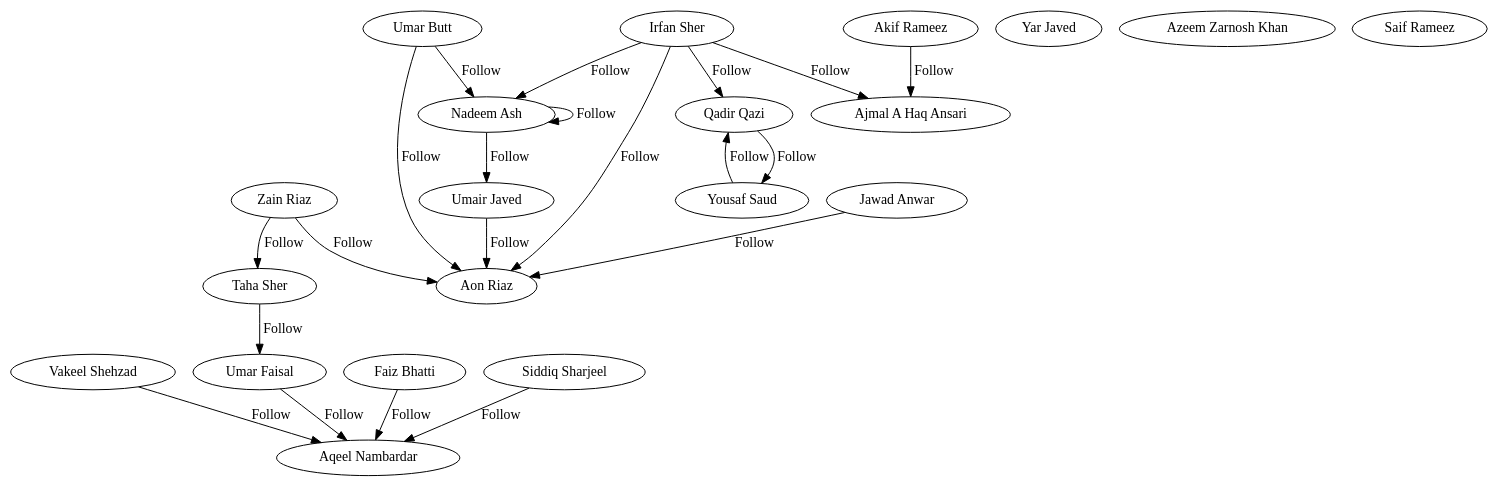
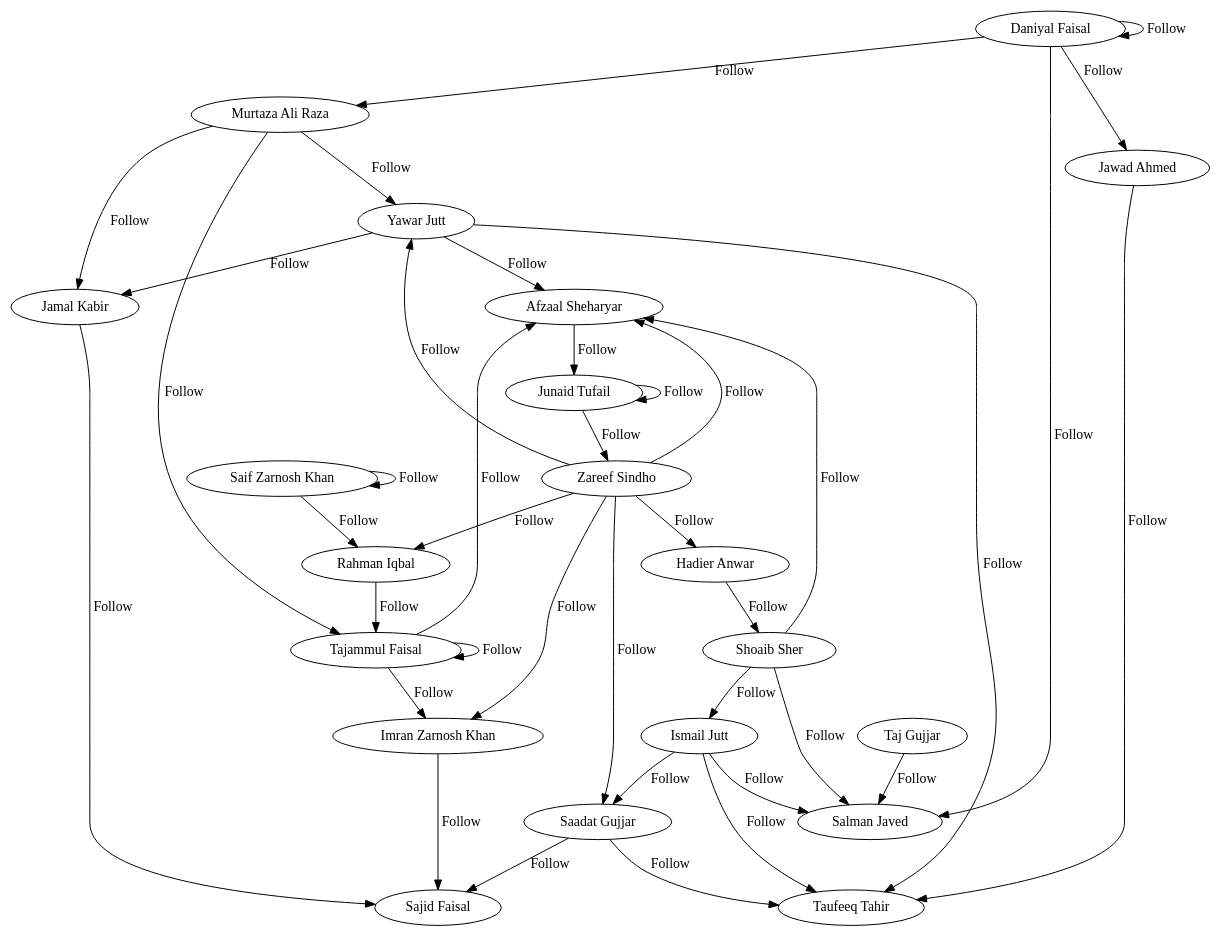
One commit to ubaid4j/SocialNetworkNeo4j changed the diagram in graph.dot. Above: the diagram before and after it, drawn with Graphviz. The commit also changed 2 other files, not shown here.

```diff
--- a/graph.dot
+++ b/graph.dot
@@ -1,42 +1,60 @@
 strict digraph G {
-  Vakeel_Shehzad [ label="Vakeel Shehzad" ];
-  Yar_Javed [ label="Yar Javed" ];
-  Azeem_Zarnosh_Khan [ label="Azeem Zarnosh Khan" ];
-  Ajmal_A_Haq_Ansari [ label="Ajmal A Haq Ansari" ];
-  Saif_Rameez [ label="Saif Rameez" ];
-  Yousaf_Saud [ label="Yousaf Saud" ];
-  Umar_Butt [ label="Umar Butt" ];
-  Zain_Riaz [ label="Zain Riaz" ];
-  Umar_Faisal [ label="Umar Faisal" ];
-  Qadir_Qazi [ label="Qadir Qazi" ];
-  Taha_Sher [ label="Taha Sher" ];
-  Irfan_Sher [ label="Irfan Sher" ];
-  Faiz_Bhatti [ label="Faiz Bhatti" ];
-  Umair_Javed [ label="Umair Javed" ];
-  Aon_Riaz [ label="Aon Riaz" ];
-  Akif_Rameez [ label="Akif Rameez" ];
-  Siddiq_Sharjeel [ label="Siddiq Sharjeel" ];
-  Aqeel_Nambardar [ label="Aqeel Nambardar" ];
-  Nadeem_Ash [ label="Nadeem Ash" ];
-  Jawad_Anwar [ label="Jawad Anwar" ];
-  Vakeel_Shehzad -> Aqeel_Nambardar [ label="Follow" ];
-  Irfan_Sher -> Ajmal_A_Haq_Ansari [ label="Follow" ];
-  Irfan_Sher -> Nadeem_Ash [ label="Follow" ];
-  Siddiq_Sharjeel -> Aqeel_Nambardar [ label="Follow" ];
-  Nadeem_Ash -> Nadeem_Ash [ label="Follow" ];
-  Zain_Riaz -> Aon_Riaz [ label="Follow" ];
-  Taha_Sher -> Umar_Faisal [ label="Follow" ];
-  Yousaf_Saud -> Qadir_Qazi [ label="Follow" ];
-  Irfan_Sher -> Qadir_Qazi [ label="Follow" ];
-  Jawad_Anwar -> Aon_Riaz [ label="Follow" ];
-  Zain_Riaz -> Taha_Sher [ label="Follow" ];
-  Irfan_Sher -> Aon_Riaz [ label="Follow" ];
-  Faiz_Bhatti -> Aqeel_Nambardar [ label="Follow" ];
-  Umair_Javed -> Aon_Riaz [ label="Follow" ];
-  Nadeem_Ash -> Umair_Javed [ label="Follow" ];
-  Umar_Faisal -> Aqeel_Nambardar [ label="Follow" ];
-  Umar_Butt -> Aon_Riaz [ label="Follow" ];
-  Qadir_Qazi -> Yousaf_Saud [ label="Follow" ];
-  Umar_Butt -> Nadeem_Ash [ label="Follow" ];
-  Akif_Rameez -> Ajmal_A_Haq_Ansari [ label="Follow" ];
+  Murtaza_Ali_Raza [ label="Murtaza Ali Raza" ];
+  Junaid_Tufail [ label="Junaid Tufail" ];
+  Yawar_Jutt [ label="Yawar Jutt" ];
+  Saadat_Gujjar [ label="Saadat Gujjar" ];
+  Sajid_Faisal [ label="Sajid Faisal" ];
+  Saif_Zarnosh_Khan [ label="Saif Zarnosh Khan" ];
+  Imran_Zarnosh_Khan [ label="Imran Zarnosh Khan" ];
+  Jamal_Kabir [ label="Jamal Kabir" ];
+  Hadier_Anwar [ label="Hadier Anwar" ];
+  Shoaib_Sher [ label="Shoaib Sher" ];
+  Tajammul_Faisal [ label="Tajammul Faisal" ];
+  Jawad_Ahmed [ label="Jawad Ahmed" ];
+  Taj_Gujjar [ label="Taj Gujjar" ];
+  Afzaal_Sheharyar [ label="Afzaal Sheharyar" ];
+  Taufeeq_Tahir [ label="Taufeeq Tahir" ];
+  Daniyal_Faisal [ label="Daniyal Faisal" ];
+  Rahman_Iqbal [ label="Rahman Iqbal" ];
+  Ismail_Jutt [ label="Ismail Jutt" ];
+  Salman_Javed [ label="Salman Javed" ];
+  Zareef_Sindho [ label="Zareef Sindho" ];
+  Hadier_Anwar -> Shoaib_Sher [ label="Follow" ];
+  Imran_Zarnosh_Khan -> Sajid_Faisal [ label="Follow" ];
+  Shoaib_Sher -> Afzaal_Sheharyar [ label="Follow" ];
+  Jamal_Kabir -> Sajid_Faisal [ label="Follow" ];
+  Yawar_Jutt -> Afzaal_Sheharyar [ label="Follow" ];
+  Ismail_Jutt -> Taufeeq_Tahir [ label="Follow" ];
+  Rahman_Iqbal -> Tajammul_Faisal [ label="Follow" ];
+  Tajammul_Faisal -> Imran_Zarnosh_Khan [ label="Follow" ];
+  Jawad_Ahmed -> Taufeeq_Tahir [ label="Follow" ];
+  Yawar_Jutt -> Jamal_Kabir [ label="Follow" ];
+  Shoaib_Sher -> Salman_Javed [ label="Follow" ];
+  Murtaza_Ali_Raza -> Tajammul_Faisal [ label="Follow" ];
+  Saadat_Gujjar -> Sajid_Faisal [ label="Follow" ];
+  Tajammul_Faisal -> Tajammul_Faisal [ label="Follow" ];
+  Ismail_Jutt -> Salman_Javed [ label="Follow" ];
+  Afzaal_Sheharyar -> Junaid_Tufail [ label="Follow" ];
+  Saif_Zarnosh_Khan -> Rahman_Iqbal [ label="Follow" ];
+  Zareef_Sindho -> Hadier_Anwar [ label="Follow" ];
+  Zareef_Sindho -> Rahman_Iqbal [ label="Follow" ];
+  Zareef_Sindho -> Saadat_Gujjar [ label="Follow" ];
+  Saif_Zarnosh_Khan -> Saif_Zarnosh_Khan [ label="Follow" ];
+  Zareef_Sindho -> Yawar_Jutt [ label="Follow" ];
+  Shoaib_Sher -> Ismail_Jutt [ label="Follow" ];
+  Junaid_Tufail -> Junaid_Tufail [ label="Follow" ];
+  Tajammul_Faisal -> Afzaal_Sheharyar [ label="Follow" ];
+  Taj_Gujjar -> Salman_Javed [ label="Follow" ];
+  Murtaza_Ali_Raza -> Jamal_Kabir [ label="Follow" ];
+  Daniyal_Faisal -> Murtaza_Ali_Raza [ label="Follow" ];
+  Zareef_Sindho -> Imran_Zarnosh_Khan [ label="Follow" ];
+  Daniyal_Faisal -> Daniyal_Faisal [ label="Follow" ];
+  Daniyal_Faisal -> Jawad_Ahmed [ label="Follow" ];
+  Ismail_Jutt -> Saadat_Gujjar [ label="Follow" ];
+  Yawar_Jutt -> Taufeeq_Tahir [ label="Follow" ];
+  Murtaza_Ali_Raza -> Yawar_Jutt [ label="Follow" ];
+  Junaid_Tufail -> Zareef_Sindho [ label="Follow" ];
+  Saadat_Gujjar -> Taufeeq_Tahir [ label="Follow" ];
+  Zareef_Sindho -> Afzaal_Sheharyar [ label="Follow" ];
+  Daniyal_Faisal -> Salman_Javed [ label="Follow" ];
 }
```
